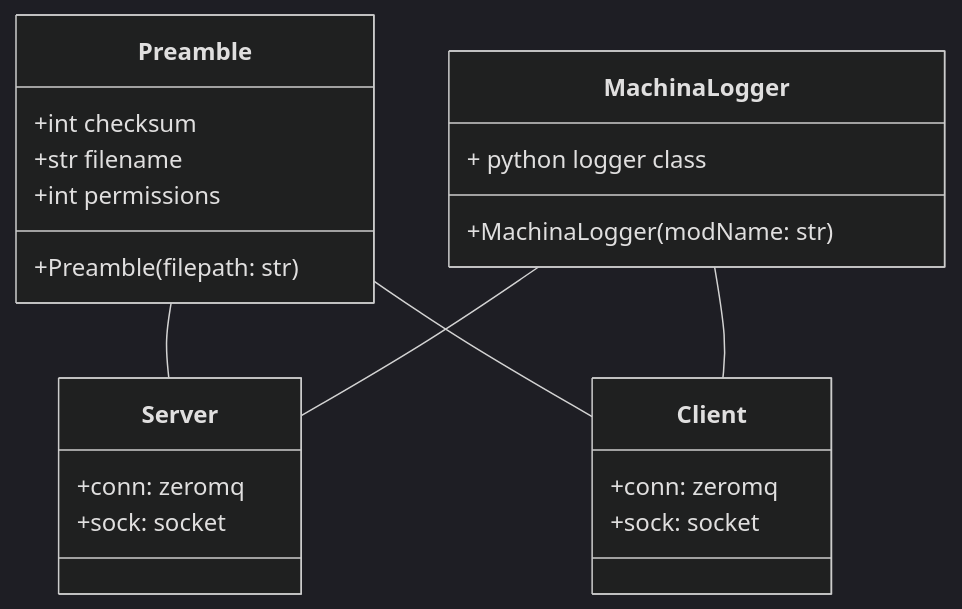
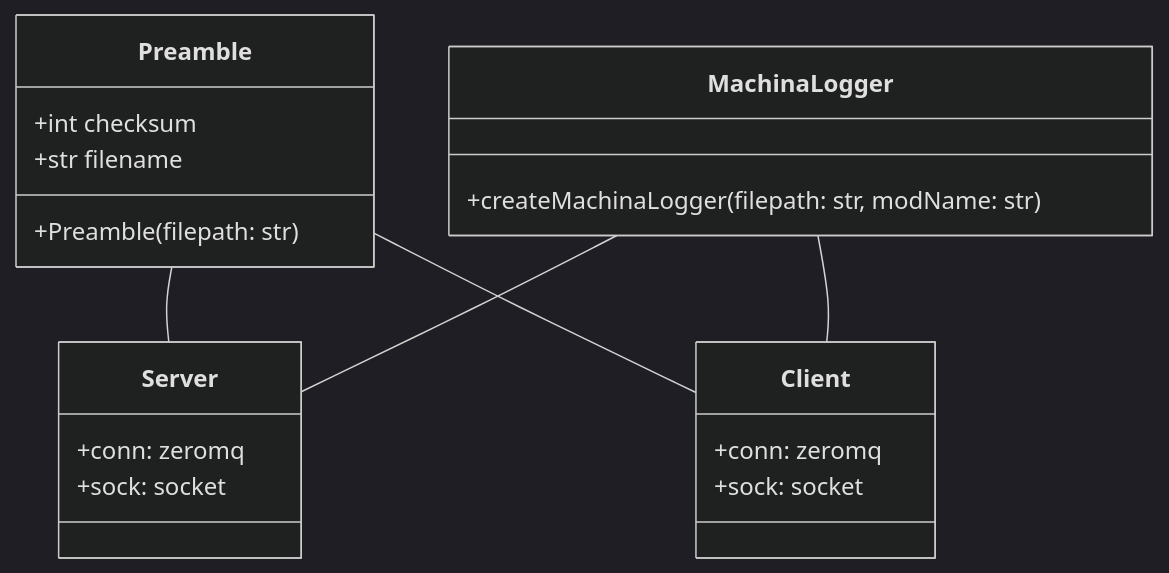
Before and after one commit to sletzer/machina_network_interview_takehome: the first of 2 diagrams in src/README.md, drawn with Mermaid (dark theme). The commit also changed other lines of this file, not shown here.

````diff
--- a/src/README.md
+++ b/src/README.md
@@ -7,25 +15,23 @@
 ```mermaid
 classDiagram
     Preamble--Server
     Preamble--Client
     MachinaLogger--Server
     MachinaLogger--Client
     class Preamble {
         +int checksum
         +str filename
-        +int permissions
         +Preamble(filepath: str)
     }
     class MachinaLogger{
-        +MachinaLogger(modName: str)
-        + python logger class
+        +createMachinaLogger(filepath: str, modName: str)
     }
     class Server {
         +conn: zeromq
         +sock: socket
     }
     class Client {
         +conn: zeromq
         +sock: socket
     }
 ```
````
